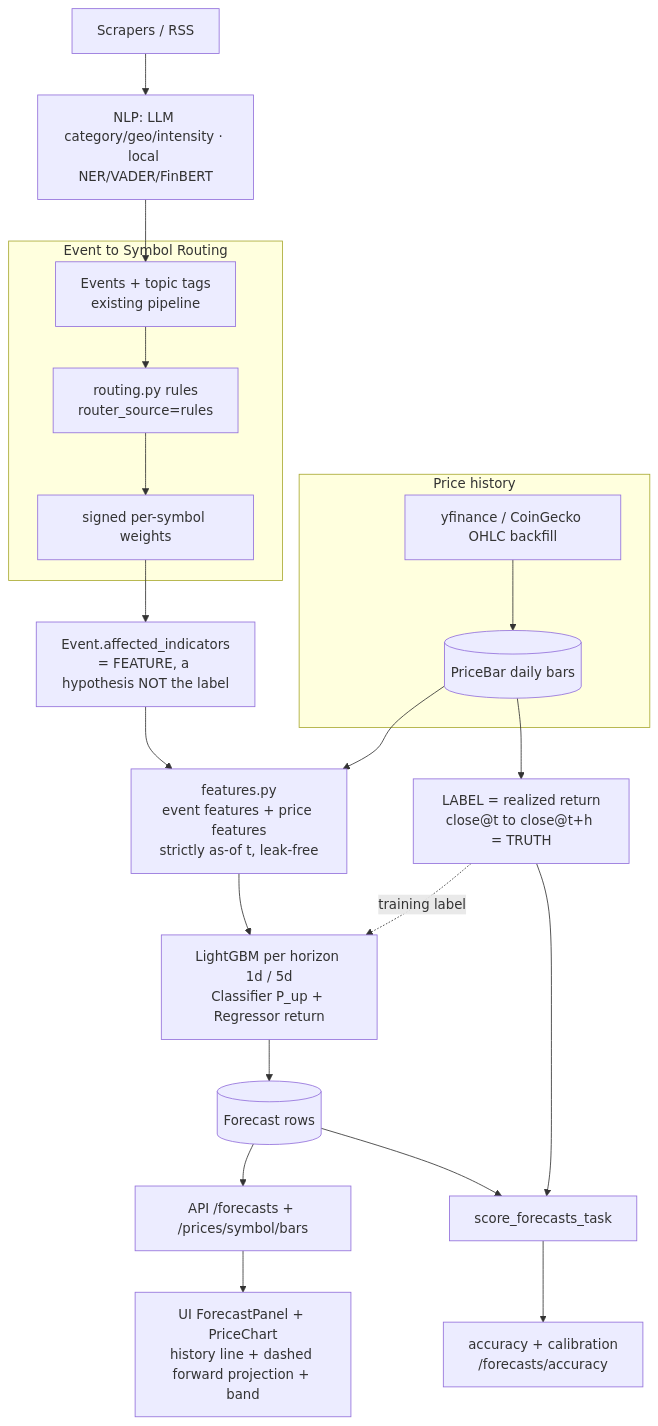
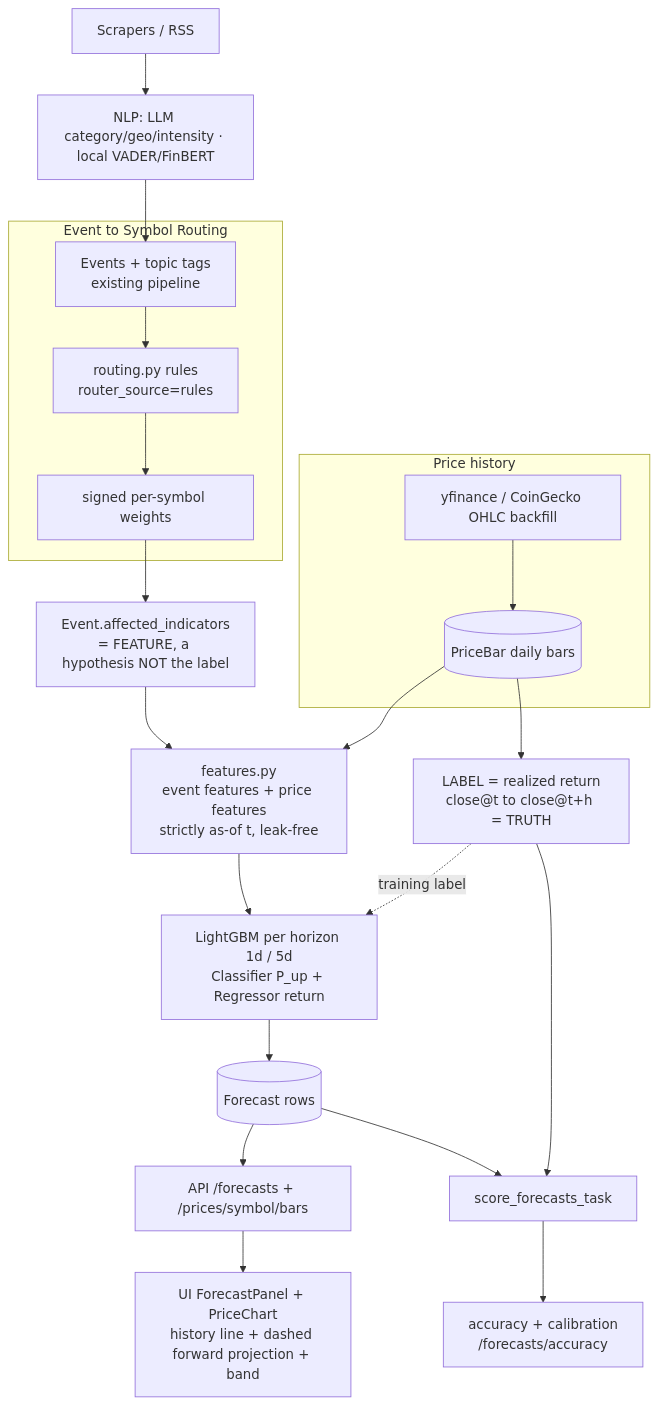
Before and after one commit to jameelhamdan/event-horizon: the first of 3 diagrams in docs/forecasting.md, drawn with Mermaid. The commit also changed 22 other files, not shown here.

````diff
--- a/docs/forecasting.md
+++ b/docs/forecasting.md
@@ -18,32 +18,32 @@
 ```mermaid
 flowchart TD
-    A[Scrapers / RSS] --> B[NLP: LLM category/geo/intensity · local NER/VADER/FinBERT]
+    A[Scrapers / RSS] --> B[NLP: LLM category/geo/intensity · local VADER/FinBERT]
     B --> C[Events + topic tags<br/>existing pipeline]
 
     subgraph ROUTING [Event to Symbol Routing]
         C --> F[routing.py rules<br/>router_source=rules]
         F --> E[signed per-symbol weights]
     end
 
     E --> G[Event.affected_indicators<br/>= FEATURE, a hypothesis NOT the label]
 
     subgraph PRICES [Price history]
         P1[yfinance / CoinGecko OHLC backfill] --> P2[(PriceBar daily bars)]
     end
 
     G --> H[features.py<br/>event features + price features<br/>strictly as-of t, leak-free]
     P2 --> H
 
     H --> I[LightGBM per horizon 1d / 5d<br/>Classifier P_up + Regressor return]
     P2 --> L[LABEL = realized return<br/>close@t to close@t+h = TRUTH]
 
     I --> J[(Forecast rows)]
     J --> K[API /forecasts + /prices/symbol/bars]
     K --> M[UI ForecastPanel + PriceChart<br/>history line + dashed forward projection + band]
 
     J --> S[score_forecasts_task]
     L --> S
     S --> N[accuracy + calibration<br/>/forecasts/accuracy]
 
     L -.training label.-> I
 ```
````
